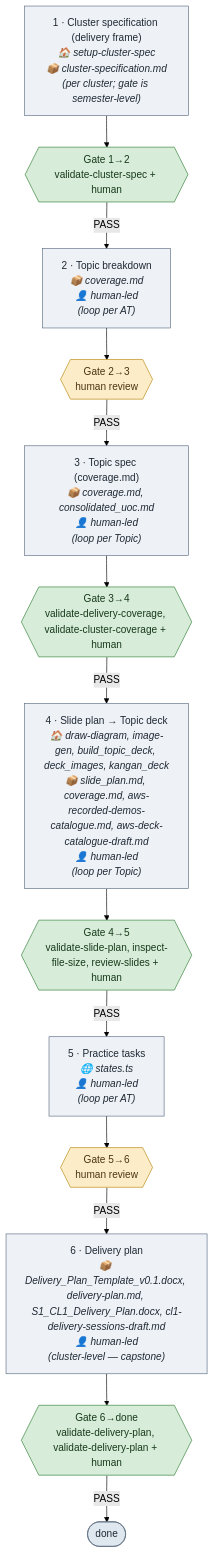
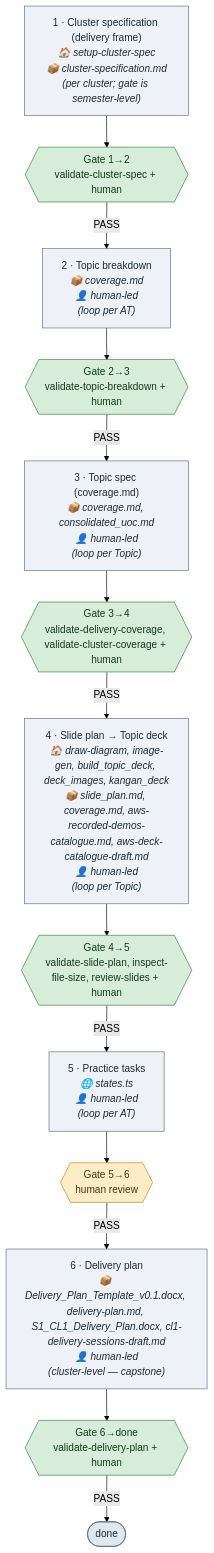
Before and after one commit to Digital-Initiatives-Kangan-Institute/diploma-cloud-cyber-umbrella: the diagram in docs/process-maps/delivery.md, drawn with Mermaid (forest theme). The commit also changed other lines of this file and 9 other files, not shown here.

First line of the commit message:
skill: add validate-topic-breakdown (delivery Gate 2→3 structural lint)

````diff
--- a/docs/process-maps/delivery.md
+++ b/docs/process-maps/delivery.md
@@ -9,33 +9,33 @@
 ```mermaid
 flowchart TD
   S1["1 · Cluster specification (delivery frame)<br/><i>🏠 setup-cluster-spec</i><br/><i>📦 cluster-specification.md</i><br/><i>(per cluster; gate is semester-level)</i>"]:::step
   S2["2 · Topic breakdown<br/><i>📦 coverage.md</i><br/><i>👤 human-led</i><br/><i>(loop per AT)</i>"]:::step
   S3["3 · Topic spec (coverage.md)<br/><i>📦 coverage.md, consolidated_uoc.md</i><br/><i>👤 human-led</i><br/><i>(loop per Topic)</i>"]:::step
   S4["4 · Slide plan → Topic deck<br/><i>🏠 draw-diagram, image-gen, build_topic_deck, deck_images, kangan_deck</i><br/><i>📦 slide_plan.md, coverage.md, aws-recorded-demos-catalogue.md, aws-deck-catalogue-draft.md</i><br/><i>👤 human-led</i><br/><i>(loop per Topic)</i>"]:::step
   S5["5 · Practice tasks<br/><i>🌐 states.ts</i><br/><i>👤 human-led</i><br/><i>(loop per AT)</i>"]:::step
   S6["6 · Delivery plan<br/><i>📦 Delivery_Plan_Template_v0.1.docx, delivery-plan.md, S1_CL1_Delivery_Plan.docx, cl1-delivery-sessions-draft.md</i><br/><i>👤 human-led</i><br/><i>(cluster-level — capstone)</i>"]:::step
   G1_2{{"Gate 1→2<br/>validate-cluster-spec + human"}}:::built
-  G2_3{{"Gate 2→3<br/>human review"}}:::human
+  G2_3{{"Gate 2→3<br/>validate-topic-breakdown + human"}}:::built
   G3_4{{"Gate 3→4<br/>validate-delivery-coverage, validate-cluster-coverage + human"}}:::built
   G4_5{{"Gate 4→5<br/>validate-slide-plan, inspect-file-size, review-slides + human"}}:::built
   G5_6{{"Gate 5→6<br/>human review"}}:::human
-  G6_done{{"Gate 6→done<br/>validate-delivery-plan, validate-delivery-plan + human"}}:::built
+  G6_done{{"Gate 6→done<br/>validate-delivery-plan + human"}}:::built
   DONE(["done"]):::done
   S1 --> G1_2
   G1_2 -->|PASS| S2
   S2 --> G2_3
   G2_3 -->|PASS| S3
   S3 --> G3_4
   G3_4 -->|PASS| S4
   S4 --> G4_5
   G4_5 -->|PASS| S5
   S5 --> G5_6
   G5_6 -->|PASS| S6
   S6 --> G6_done
   G6_done -->|PASS| DONE
   classDef step fill:#eef2f7,stroke:#5b6b7f,color:#1f2933;
   classDef built fill:#d7ecd9,stroke:#2e7d32,color:#173a1a;
   classDef human fill:#fdecc8,stroke:#b8860b,color:#4a3510;
   classDef flag fill:#f6c6c6,stroke:#b71c1c,color:#4a1010;
   classDef done fill:#dfe7ef,stroke:#5b6b7f,color:#1f2933;
 ```
````
